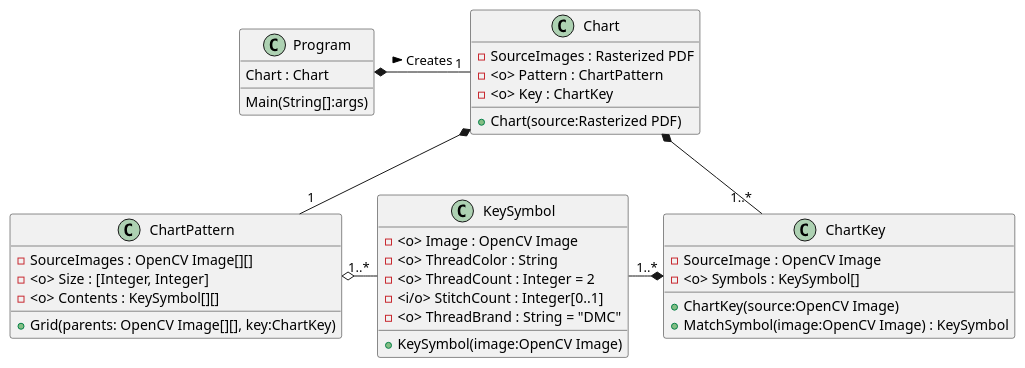
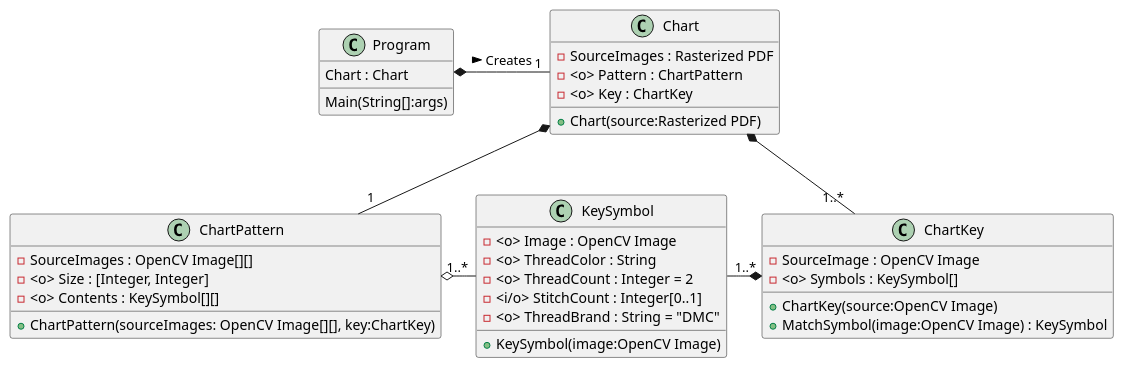
One commit to Badwolf369/PatternSeer changed the diagram in PDF to OXS Converter/doc/classes.md. Above: the diagram before and after it, drawn with PlantUML.

Commit message:
Update class diagram

```diff
--- a/PDF to OXS Converter/doc/classes.md
+++ b/PDF to OXS Converter/doc/classes.md
@@ -1,38 +1,38 @@
 @startuml
 class Program {
     Chart : Chart
     Main(String[]:args)
 }
 class Chart {
     -SourceImages : Rasterized PDF
     -<o> Pattern : ChartPattern
     -<o> Key : ChartKey
     +Chart(source:Rasterized PDF)
 }
 class ChartPattern {
     -SourceImages : OpenCV Image[][]
     -<o> Size : [Integer, Integer]
     -<o> Contents : KeySymbol[][]
-    +Grid(parents: OpenCV Image[][], key:ChartKey)
+    +ChartPattern(sourceImages: OpenCV Image[][], key:ChartKey)
 }
 class ChartKey {
     -SourceImage : OpenCV Image
     -<o> Symbols : KeySymbol[]
     +ChartKey(source:OpenCV Image)
     +MatchSymbol(image:OpenCV Image) : KeySymbol
 }
 class KeySymbol {
     -<o> Image : OpenCV Image
     -<o> ThreadColor : String
     -<o> ThreadCount : Integer = 2
     -<i/o> StitchCount : Integer[0..1]
     -<o> ThreadBrand : String = "DMC"
     +KeySymbol(image:OpenCV Image)
 }
 
 Chart "1" -l-* Program : < Creates
 ChartKey "1..*" -u-* Chart
 ChartPattern "1" -u-* Chart
 KeySymbol "1..*" -l-o ChartPattern
 KeySymbol "1..*" -r-* ChartKey
 @enduml
```
